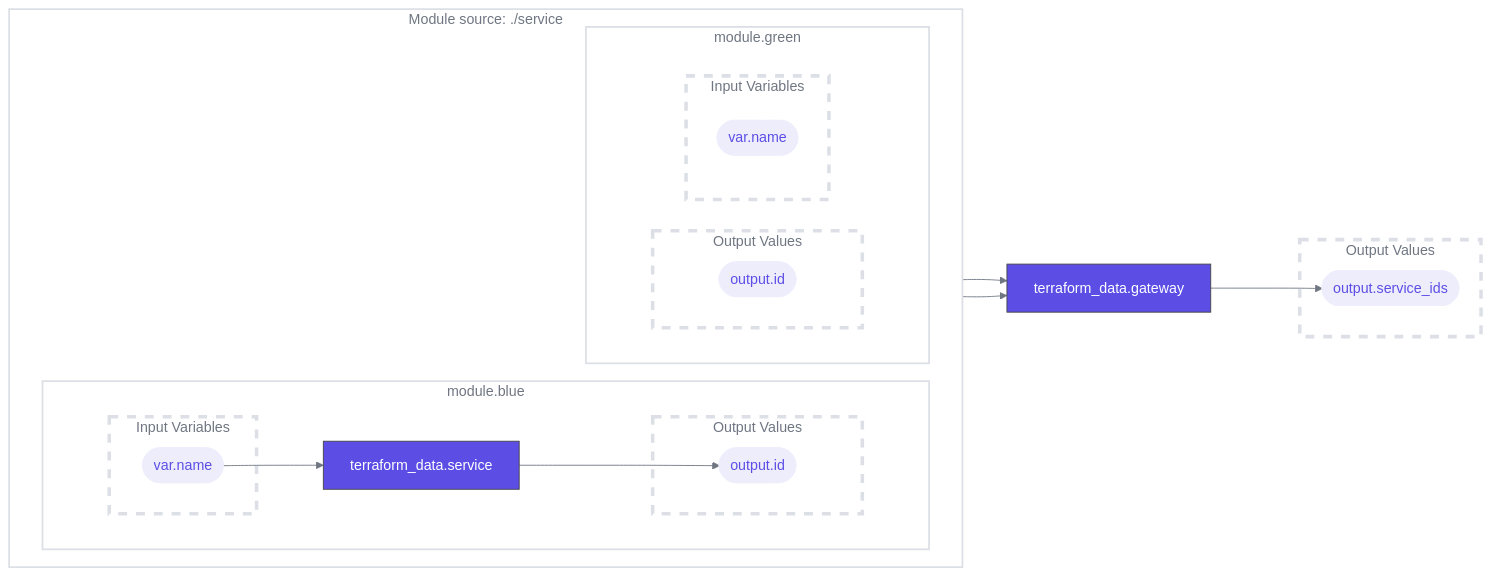
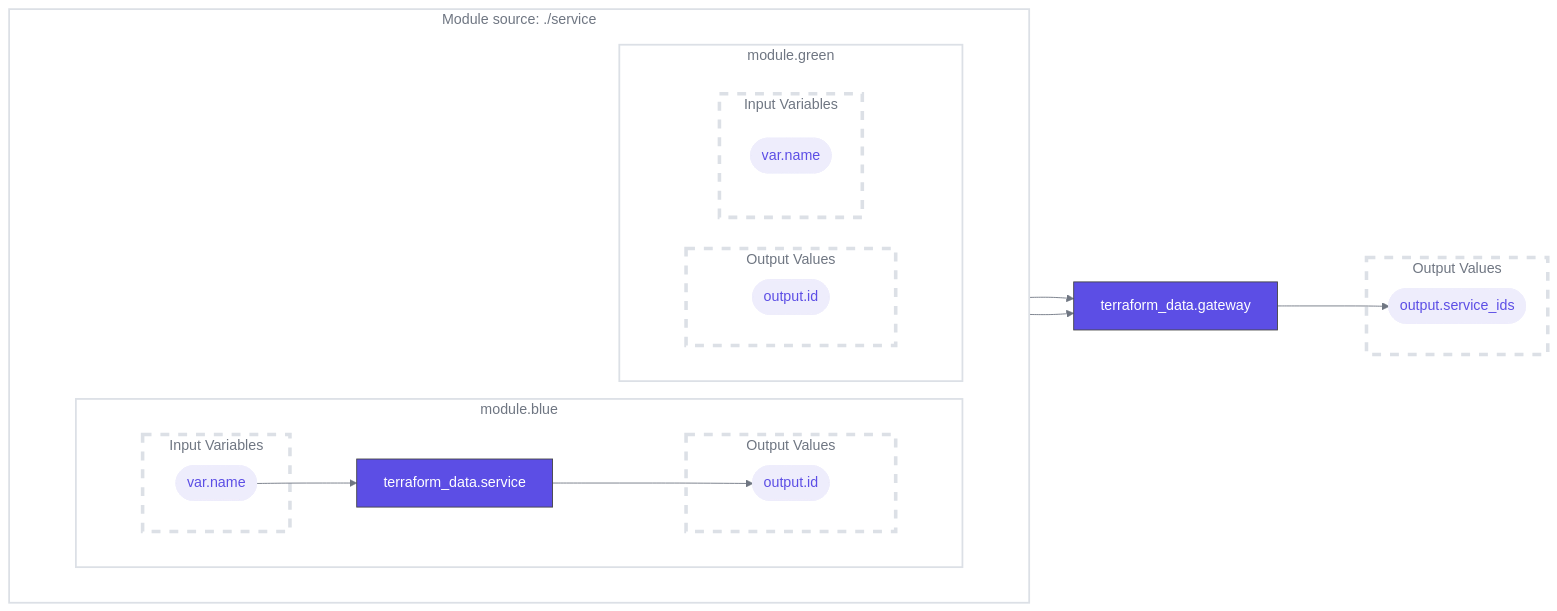
Before and after one commit to asannou/tfmermaid-action: the third of 21 diagrams in README.md, drawn with Mermaid. The commit also changed other lines of this file and 3 other files, not shown here.

````diff
--- a/README.md
+++ b/README.md
@@ -136,55 +136,58 @@
 ```mermaid
 %%tfmermaid:module-views/representative
 %%{init:{"theme":"default","themeVariables":{"lineColor":"#6f7682","textColor":"#6f7682"}}}%%
 flowchart LR
 classDef r fill:#5c4ee5,stroke:#444,color:#fff
 classDef v fill:#eeedfc,stroke:#eeedfc,color:#5c4ee5
 classDef ms fill:none,stroke:#dce0e6,stroke-width:2px
 classDef vs fill:none,stroke:#dce0e6,stroke-width:4px,stroke-dasharray:10
 classDef ps fill:none,stroke:none
 classDef cs fill:#f7f8fa,stroke:#dce0e6,stroke-width:2px
 n0["terraform_data.gateway"]:::r
 subgraph "n1"["Output Values"]
 n2(["output.service_ids"]):::v
 end
 class n1 vs
 subgraph "n3"["Module source: ./service"]
 direction LR
+subgraph "n3_padding"[" "]
 subgraph "n4"["module.blue"]
 subgraph "n4_padding"[" "]
 n5["terraform_data.service"]:::r
 subgraph "n6"["Output Values"]
 n7(["output.id"]):::v
 end
 class n6 vs
 subgraph "n8"["Input Variables"]
 n9(["var.name"]):::v
 end
 class n8 vs
 end
 class n4_padding ps
 end
 class n4 ms
 subgraph "na"["module.green"]
 subgraph "na_padding"[" "]
 subgraph "nb"["Output Values"]
 nc(["output.id"]):::v
 end
 class nb vs
 subgraph "nd"["Input Variables"]
 ne(["var.name"]):::v
 end
 class nd vs
 end
 class na_padding ps
 end
 class na ms
 end
+class n3_padding ps
+end
 class n3 ms
 style n3 fill:none,stroke:#dce0e6,stroke-width:2px
 n5-->n7
 n9-->n5
 n0--->n2
 n7-->n0
 nc-->n0
 ```
````
